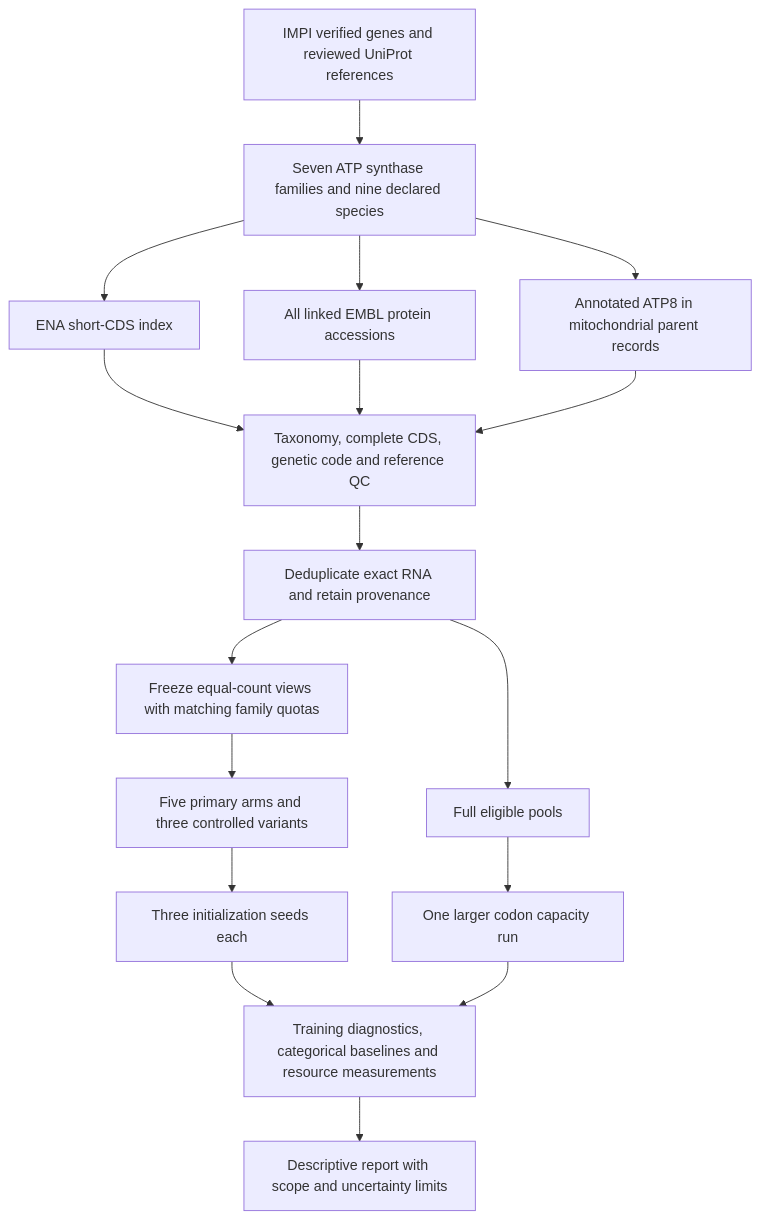
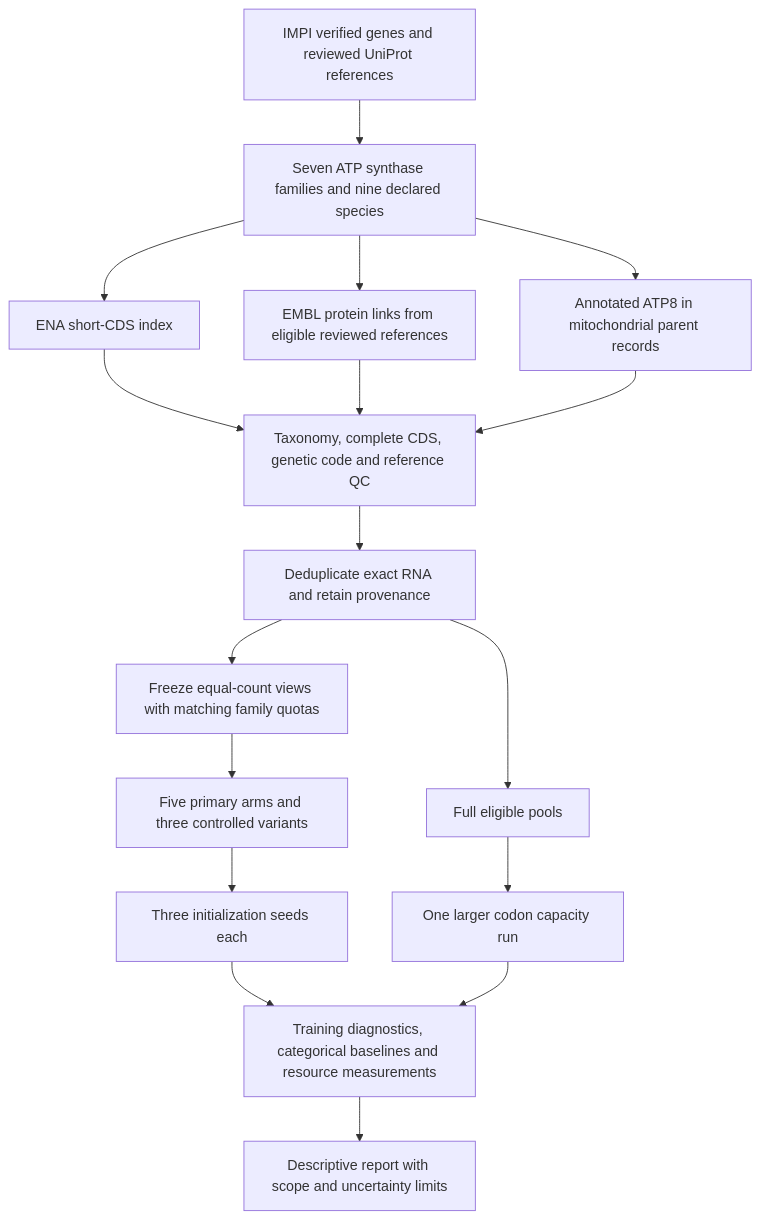
The diagram in docs/secondary-pipeline.md (M3TR1X10/microprotein-codon-lm), drawn with Mermaid before and after one commit. The commit also changed other lines of this file and 17 other files, not shown here.

````diff
--- a/docs/secondary-pipeline.md
+++ b/docs/secondary-pipeline.md
@@ -3,19 +3,19 @@
 ```mermaid
 flowchart TD
     I[IMPI verified genes and reviewed UniProt references] --> P[Seven ATP synthase families and nine declared species]
     P --> E[ENA short-CDS index]
-    P --> U[All linked EMBL protein accessions]
+    P --> U[EMBL protein links from eligible reviewed references]
     P --> G[Annotated ATP8 in mitochondrial parent records]
     E --> Q[Taxonomy, complete CDS, genetic code and reference QC]
     U --> Q
     G --> Q
     Q --> D[Deduplicate exact RNA and retain provenance]
     D --> F[Full eligible pools]
     D --> M[Freeze equal-count views with matching family quotas]
     M --> A[Five primary arms and three controlled variants]
     A --> S[Three initialization seeds each]
     F --> C[One larger codon capacity run]
     S --> R[Training diagnostics, categorical baselines and resource measurements]
     C --> R
     R --> O[Descriptive report with scope and uncertainty limits]
 ```
````
